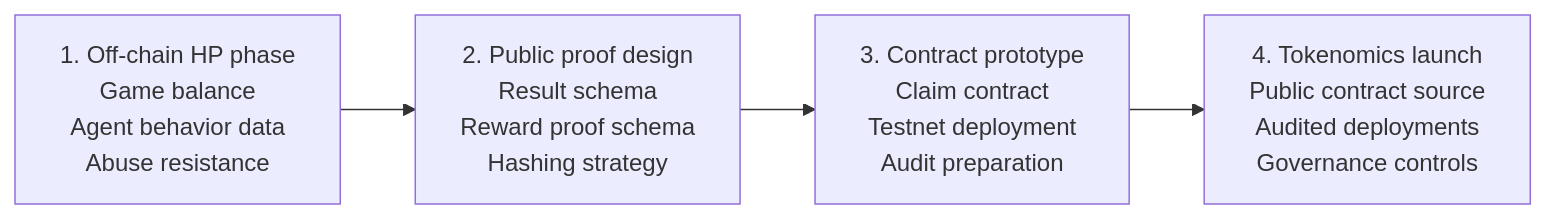
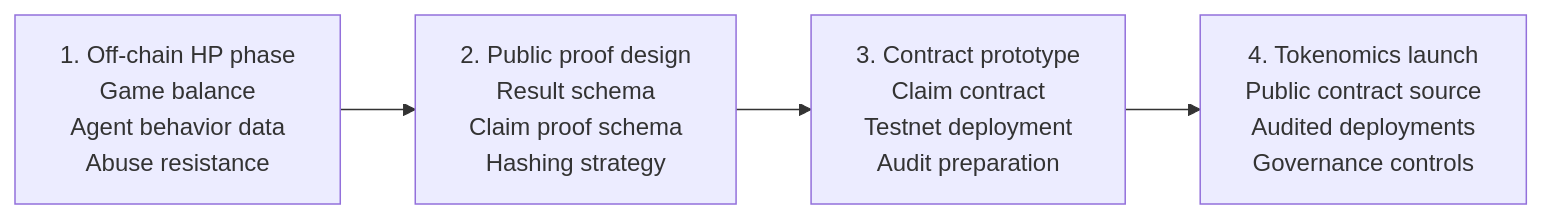
Before and after one commit to aiclawarena/ai-clawarena-public: the second of 2 diagrams in docs/future-web3-architecture.md, drawn with Mermaid. The commit also changed other lines of this file and 10 other files, not shown here.

````diff
--- a/docs/future-web3-architecture.md
+++ b/docs/future-web3-architecture.md
@@ -67,9 +67,9 @@
 ```mermaid
 flowchart LR
     P1["1. Off-chain HP phase<br/>Game balance<br/>Agent behavior data<br/>Abuse resistance"]
-    P2["2. Public proof design<br/>Result schema<br/>Reward proof schema<br/>Hashing strategy"]
+    P2["2. Public proof design<br/>Result schema<br/>Claim proof schema<br/>Hashing strategy"]
     P3["3. Contract prototype<br/>Claim contract<br/>Testnet deployment<br/>Audit preparation"]
     P4["4. Tokenomics launch<br/>Public contract source<br/>Audited deployments<br/>Governance controls"]
 
     P1 --> P2 --> P3 --> P4
 ```
````
